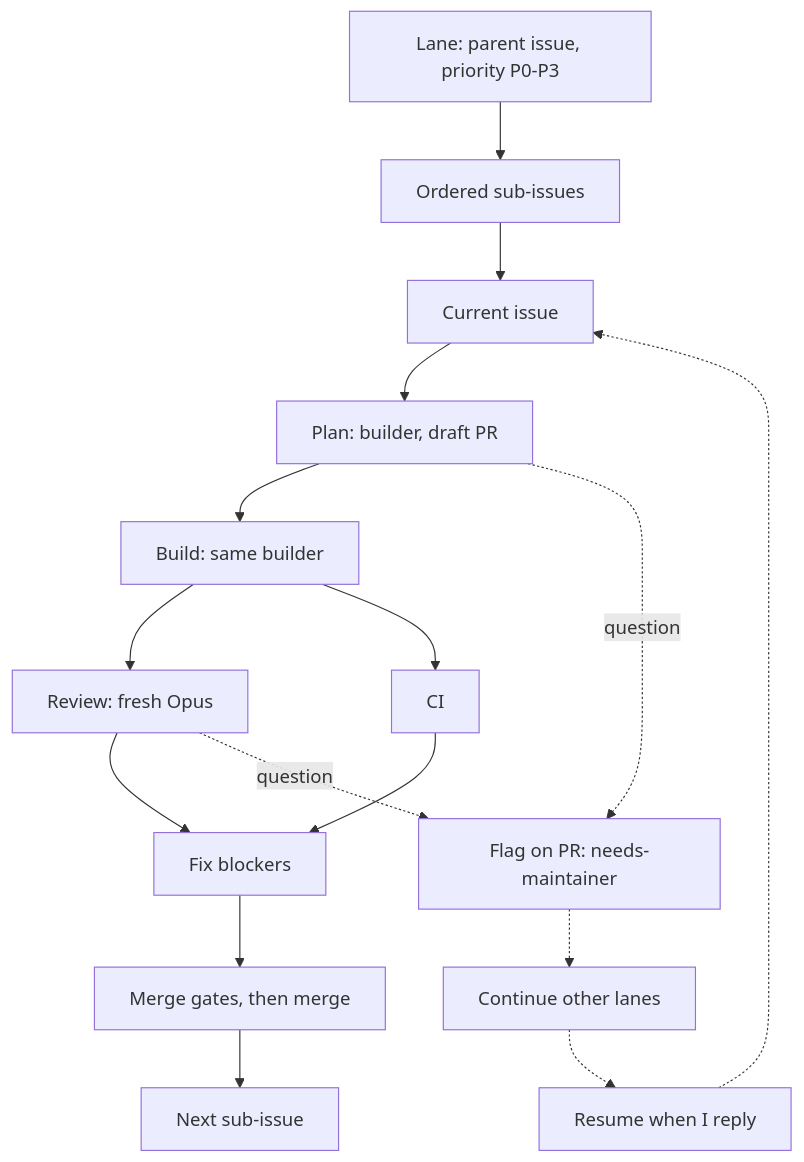
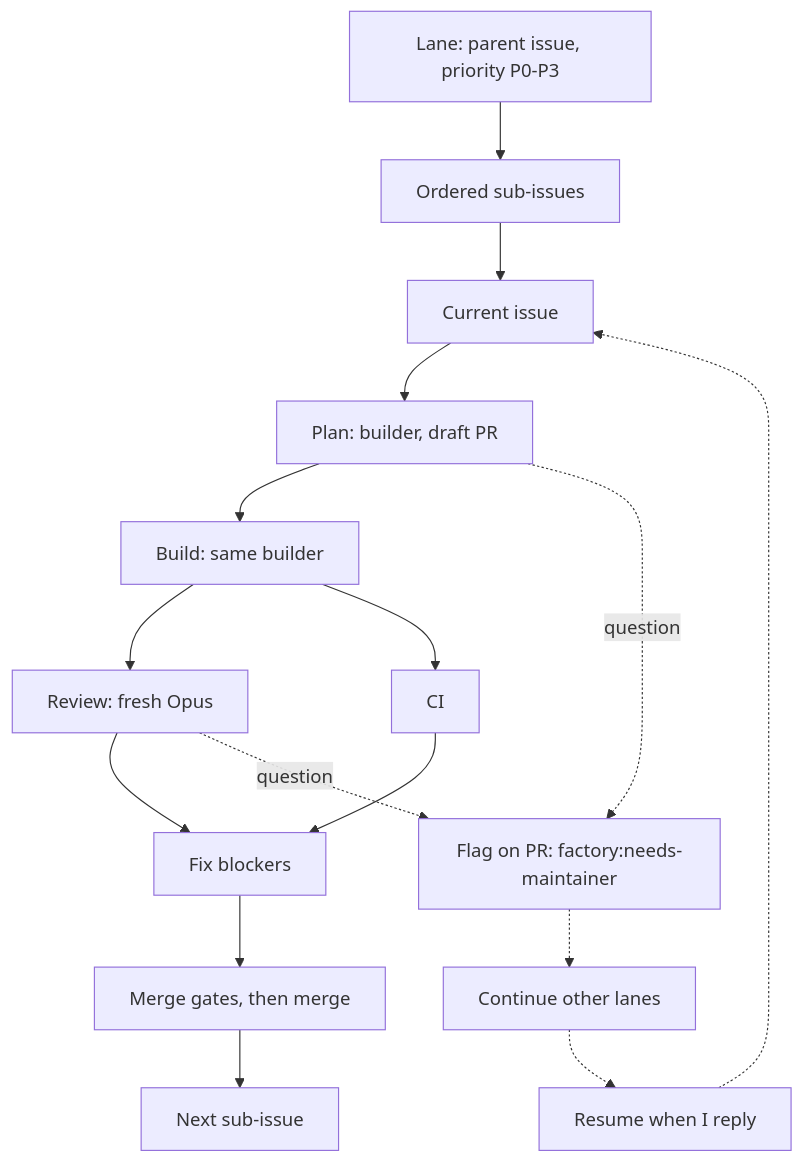
The diagram in drafts/substack-building-agent-factory.md (rahmansunny071/amplifactory), drawn with Mermaid before and after one commit. The commit also changed other lines of this file, not shown here.

````diff
--- a/drafts/substack-building-agent-factory.md
+++ b/drafts/substack-building-agent-factory.md
@@ -105,18 +105,18 @@
 ```mermaid
 flowchart TD
     L[Lane: parent issue, priority P0-P3] --> S[Ordered sub-issues]
     S --> I[Current issue]
     I --> P[Plan: builder, draft PR]
     P --> B[Build: same builder]
     B --> R[Review: fresh Opus]
     B --> C[CI]
     R --> F[Fix blockers]
     C --> F
     F --> M[Merge gates, then merge]
     M --> N[Next sub-issue]
-    P -.question.-> Q[Flag on PR: needs-maintainer]
+    P -.question.-> Q[Flag on PR: factory:needs-maintainer]
     R -.question.-> Q
     Q -.-> O[Continue other lanes]
     O -.-> RS[Resume when I reply]
     RS -.-> I
 ```
````
